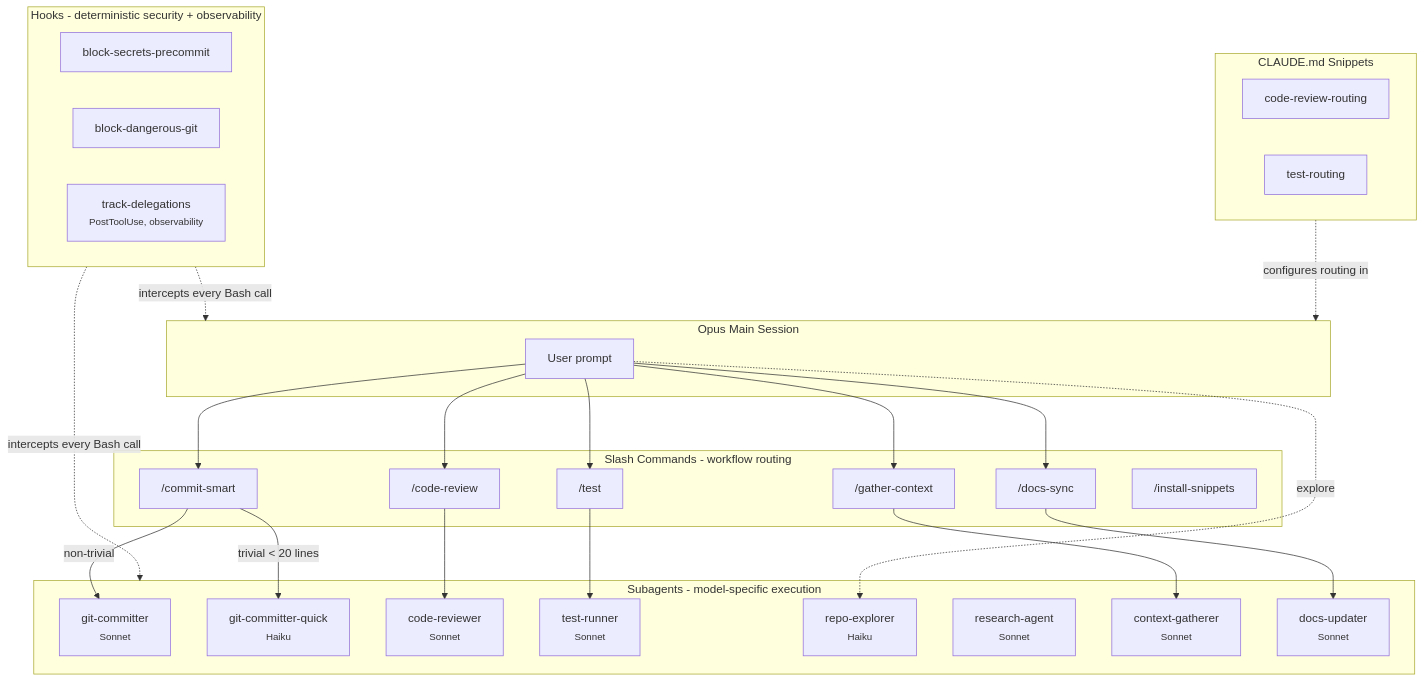
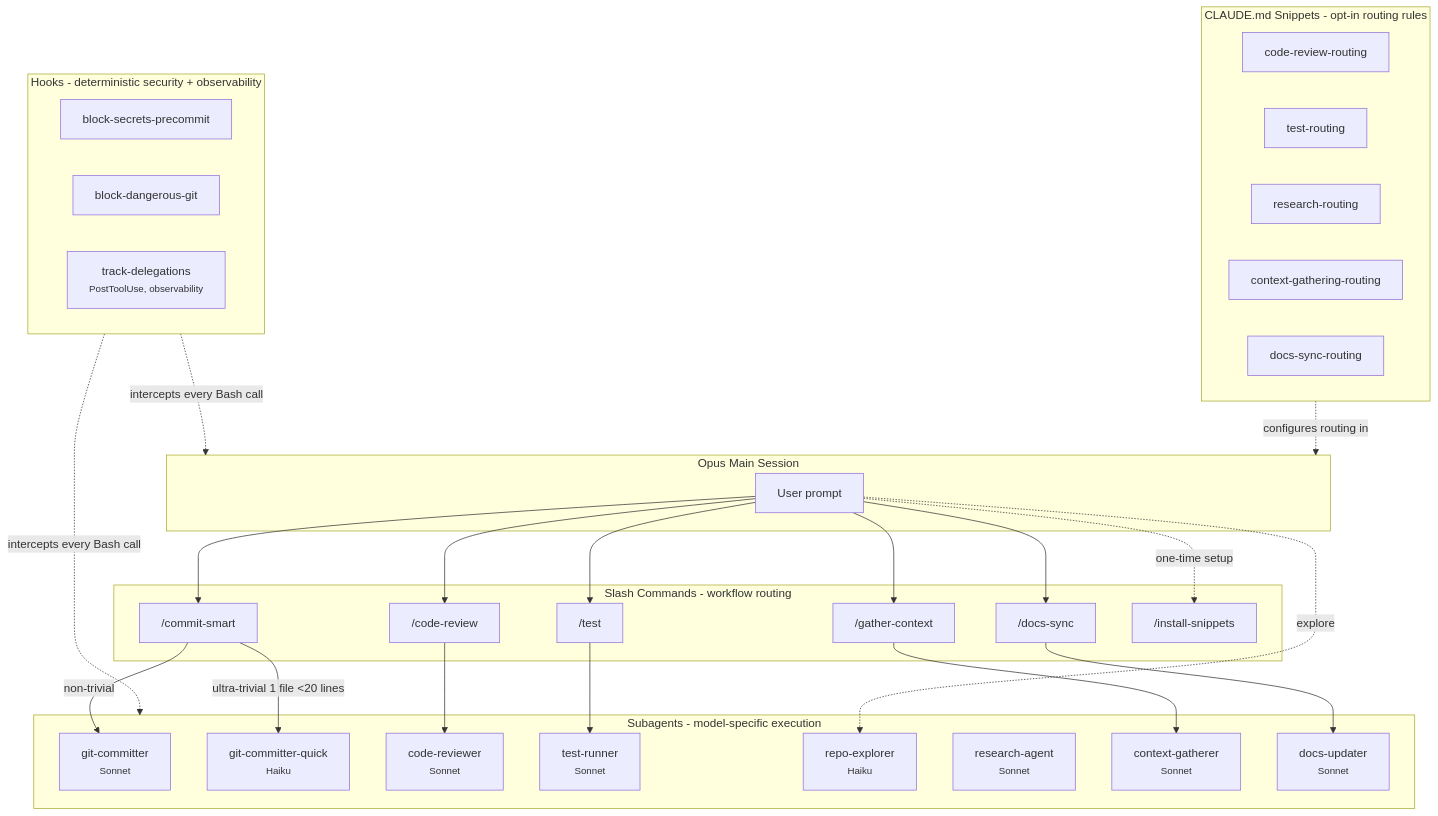
One commit to Filip-Podstavec/claude-leverage changed the diagram in README.md. Above: the diagram before and after it, drawn with Mermaid. The commit also changed other lines of this file and 4 other files, not shown here.

````diff
--- a/README.md
+++ b/README.md
@@ -28,50 +28,54 @@
 ```mermaid
 graph TB
     subgraph Main["Opus Main Session"]
         USER["User prompt"]
     end
 
     subgraph Commands["Slash Commands - workflow routing"]
         CS["/commit-smart"]
         CR["/code-review"]
         TT["/test"]
         GCT["/gather-context"]
         DS["/docs-sync"]
         IS["/install-snippets"]
     end
 
     subgraph Agents["Subagents - model-specific execution"]
         GC["git-committer<br/><small>Sonnet</small>"]
         GCQ["git-committer-quick<br/><small>Haiku</small>"]
         CRA["code-reviewer<br/><small>Sonnet</small>"]
         TR["test-runner<br/><small>Sonnet</small>"]
         RX["repo-explorer<br/><small>Haiku</small>"]
         RA["research-agent<br/><small>Sonnet</small>"]
         CG["context-gatherer<br/><small>Sonnet</small>"]
         DU["docs-updater<br/><small>Sonnet</small>"]
     end
 
     subgraph Hooks["Hooks - deterministic security + observability"]
         BS["block-secrets-precommit"]
         BD["block-dangerous-git"]
         TD["track-delegations<br/><small>PostToolUse, observability</small>"]
     end
 
-    subgraph Snippets["CLAUDE.md Snippets"]
+    subgraph Snippets["CLAUDE.md Snippets - opt-in routing rules"]
         CRR["code-review-routing"]
         TRR["test-routing"]
+        RR["research-routing"]
+        CGR["context-gathering-routing"]
+        DSR["docs-sync-routing"]
     end
 
     USER --> CS & CR & TT & GCT & DS
+    USER -.->|"one-time setup"| IS
     USER -.->|"explore"| RX
+    CS -->|"ultra-trivial 1 file <20 lines"| GCQ
     CS -->|"non-trivial"| GC
-    CS -->|"trivial < 20 lines"| GCQ
     CR --> CRA
     TT --> TR
     GCT --> CG
     DS --> DU
 
     Hooks -.->|"intercepts every Bash call"| Main
     Hooks -.->|"intercepts every Bash call"| Agents
     Snippets -.->|"configures routing in"| Main
 ```
````
